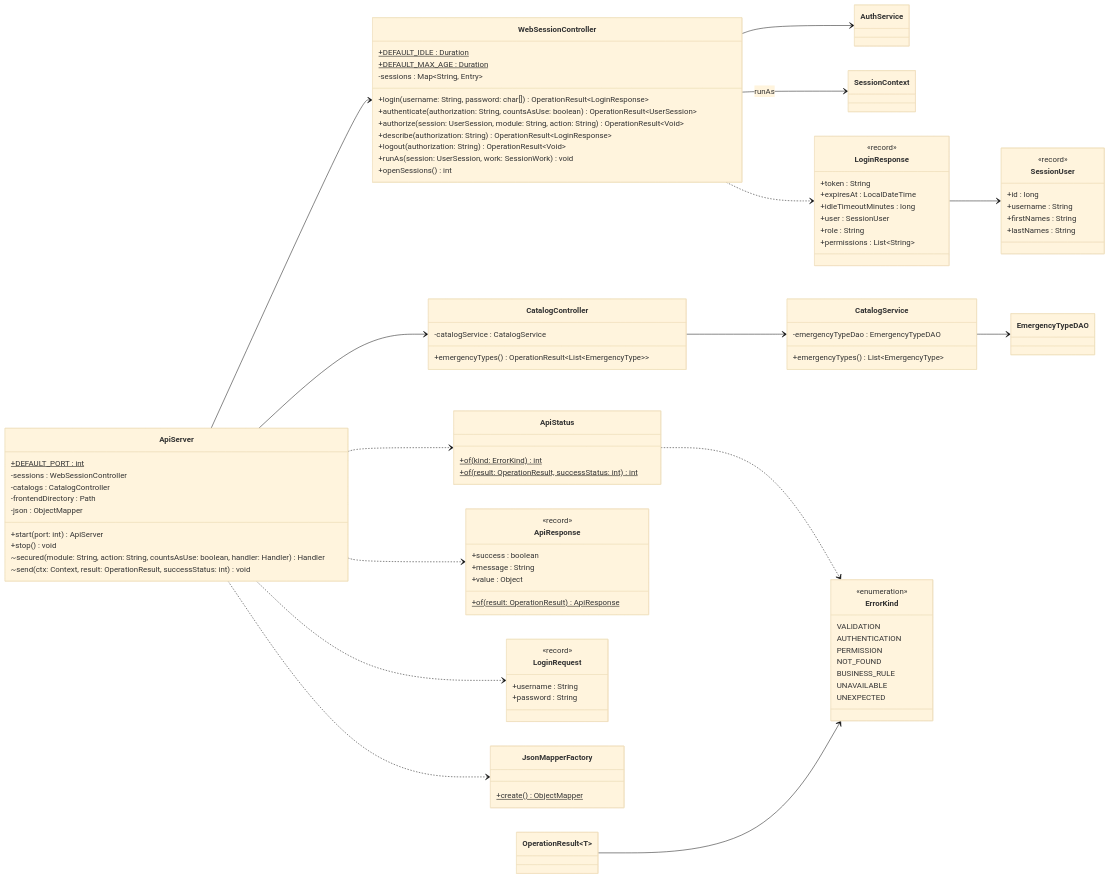
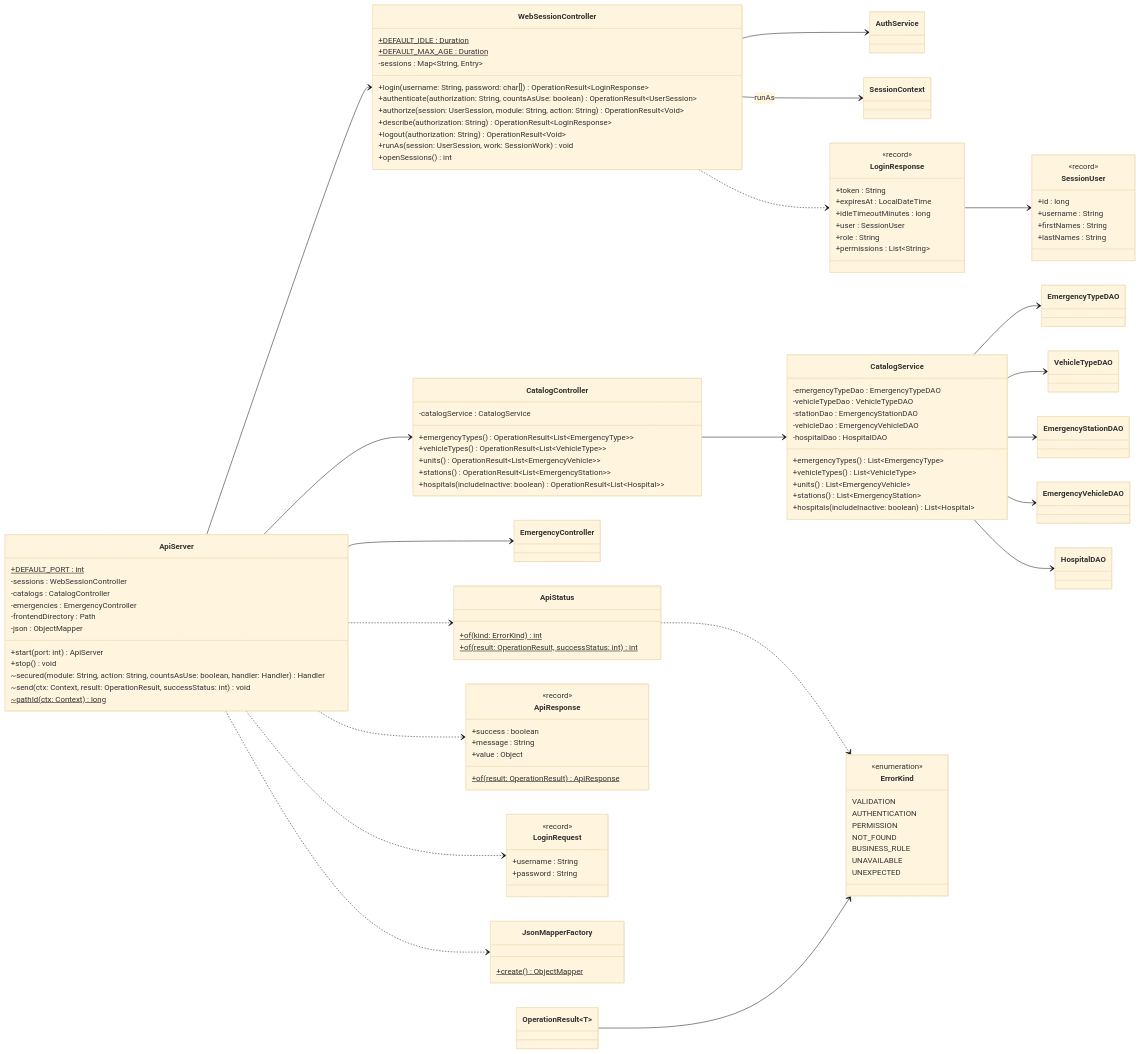
One commit to afzabaleta/RutaVida changed diagram 24 of 24 in docs/class-diagram.md. Above: the diagram before and after it, drawn with Mermaid (base theme). The commit also changed other lines of this file and 1 other file, not shown here.

Commit message:
docs: document-emergency-api

````diff
--- a/docs/class-diagram.md
+++ b/docs/class-diagram.md
@@ -1910,12 +1913,14 @@
         +DEFAULT_PORT : int$
         -sessions : WebSessionController
         -catalogs : CatalogController
+        -emergencies : EmergencyController
         -frontendDirectory : Path
         -json : ObjectMapper
         +start(port: int) ApiServer
         +stop() void
         ~secured(module: String, action: String, countsAsUse: boolean, handler: Handler) Handler
         ~send(ctx: Context, result: OperationResult, successStatus: int) void
+        ~pathId(ctx: Context) long$
     }
     class ApiStatus {
         +of(kind: ErrorKind) int$
@@ -1951,10 +1956,22 @@
     class CatalogController {
         -catalogService : CatalogService
         +emergencyTypes() OperationResult~List~EmergencyType~~
+        +vehicleTypes() OperationResult~List~VehicleType~~
+        +units() OperationResult~List~EmergencyVehicle~~
+        +stations() OperationResult~List~EmergencyStation~~
+        +hospitals(includeInactive: boolean) OperationResult~List~Hospital~~
     }
     class CatalogService {
         -emergencyTypeDao : EmergencyTypeDAO
+        -vehicleTypeDao : VehicleTypeDAO
+        -stationDao : EmergencyStationDAO
+        -vehicleDao : EmergencyVehicleDAO
+        -hospitalDao : HospitalDAO
         +emergencyTypes() List~EmergencyType~
+        +vehicleTypes() List~VehicleType~
+        +units() List~EmergencyVehicle~
+        +stations() List~EmergencyStation~
+        +hospitals(includeInactive: boolean) List~Hospital~
     }
     class LoginResponse {
         <<record>>
@@ -1985,6 +2002,7 @@
 
     ApiServer --> WebSessionController
     ApiServer --> CatalogController
+    ApiServer --> EmergencyController
     ApiServer ..> ApiStatus
     ApiServer ..> ApiResponse
     ApiServer ..> LoginRequest
@@ -1996,5 +2014,9 @@
     LoginResponse --> SessionUser
     CatalogController --> CatalogService
     CatalogService --> EmergencyTypeDAO
+    CatalogService --> VehicleTypeDAO
+    CatalogService --> EmergencyStationDAO
+    CatalogService --> EmergencyVehicleDAO
+    CatalogService --> HospitalDAO
     OperationResult~T~ --> ErrorKind
 ```
````
